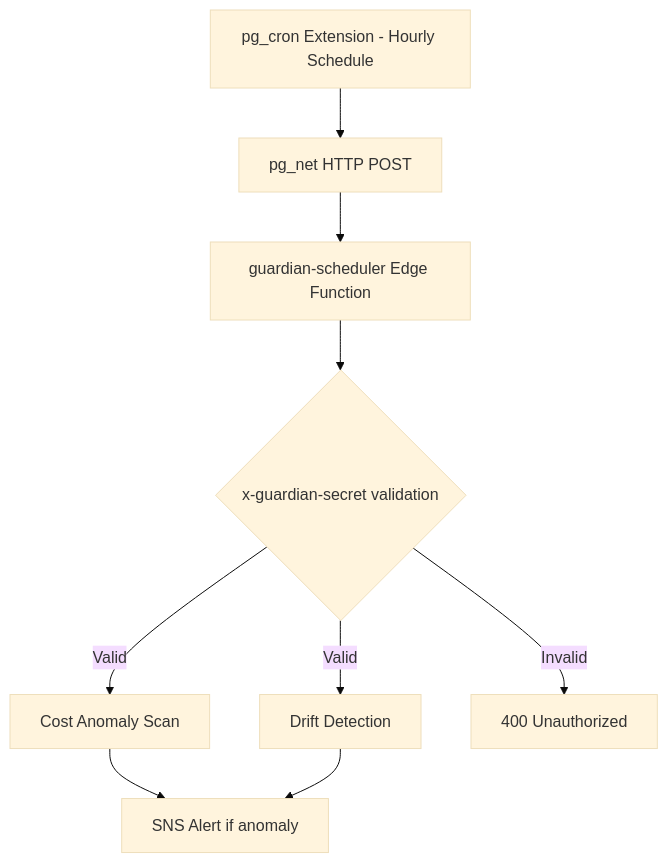
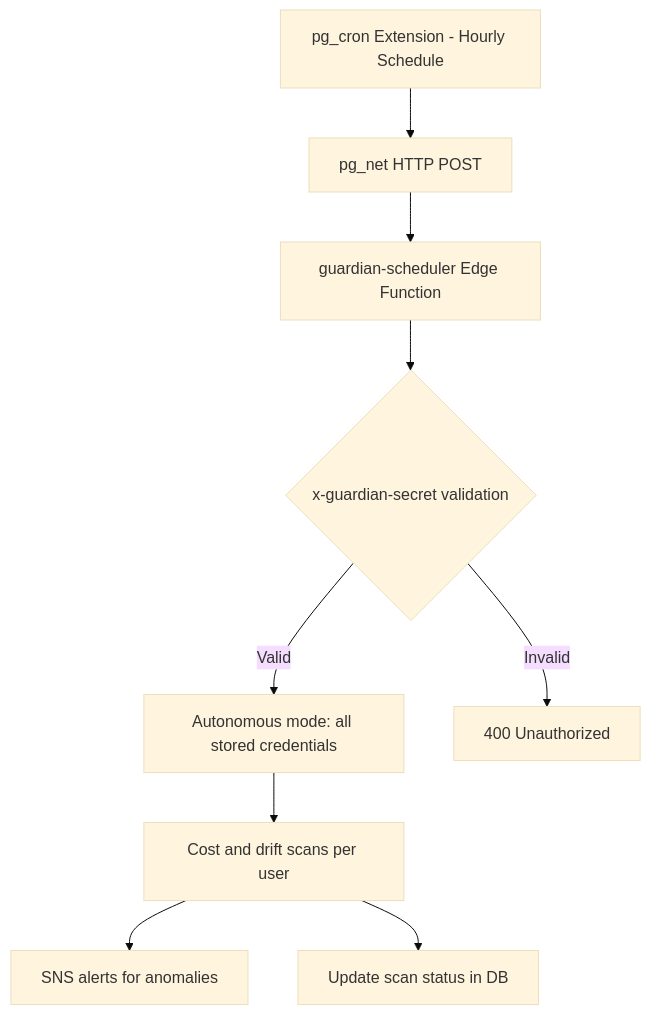
Before and after one commit to ritvikindupuri/aws-ai-agent: diagram 23 of 25 in TECHNICAL_DOCUMENTATION.md, drawn with Mermaid (base theme). The commit also changed other lines of this file, not shown here.

Commit message:
Documented Guardian auto-scans

````diff
--- a/TECHNICAL_DOCUMENTATION.md
+++ b/TECHNICAL_DOCUMENTATION.md
@@ -1800,11 +1915,11 @@
 ```mermaid
 flowchart TD
     A[pg_cron Extension - Hourly Schedule] --> B[pg_net HTTP POST]
     B --> C[guardian-scheduler Edge Function]
     C --> D{x-guardian-secret validation}
-    D -- Valid --> E[Cost Anomaly Scan]
-    D -- Valid --> F[Drift Detection]
-    D -- Invalid --> G[400 Unauthorized]
-    E --> H[SNS Alert if anomaly]
-    F --> H
+    D -- Valid --> E[Autonomous mode: all stored credentials]
+    D -- Invalid --> F[400 Unauthorized]
+    E --> G[Cost and drift scans per user]
+    G --> H[SNS alerts for anomalies]
+    G --> I[Update scan status in DB]
 ```
````
